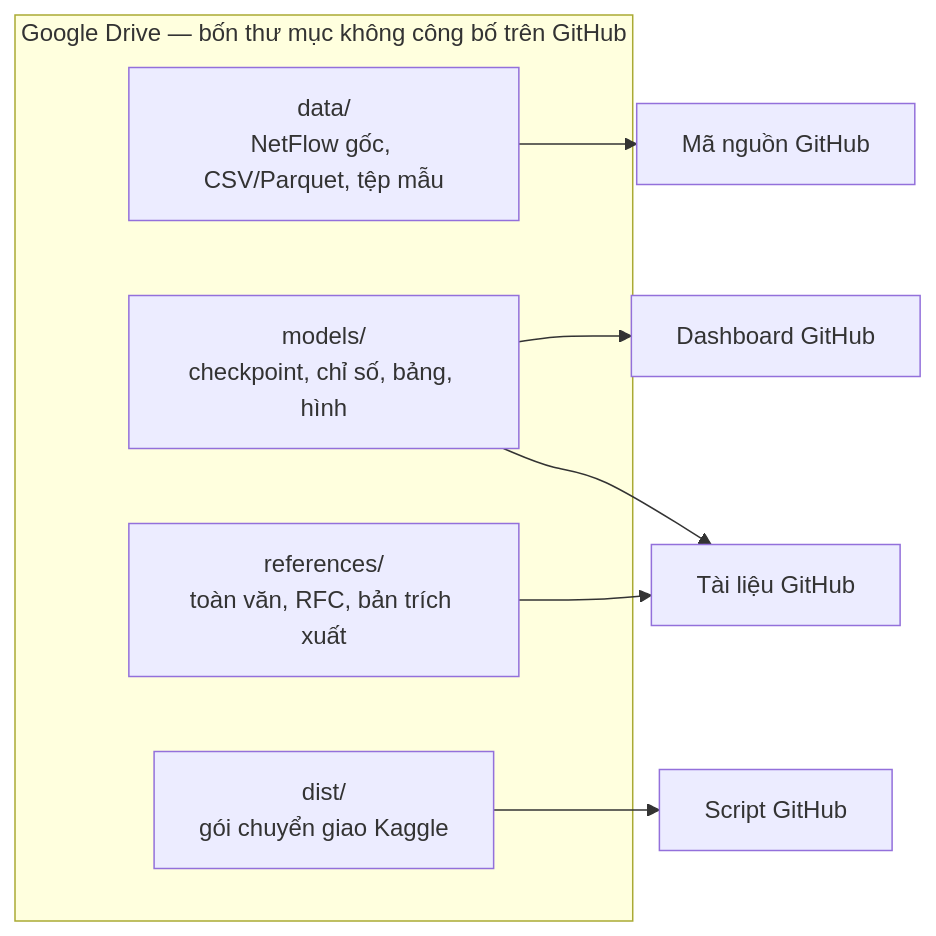
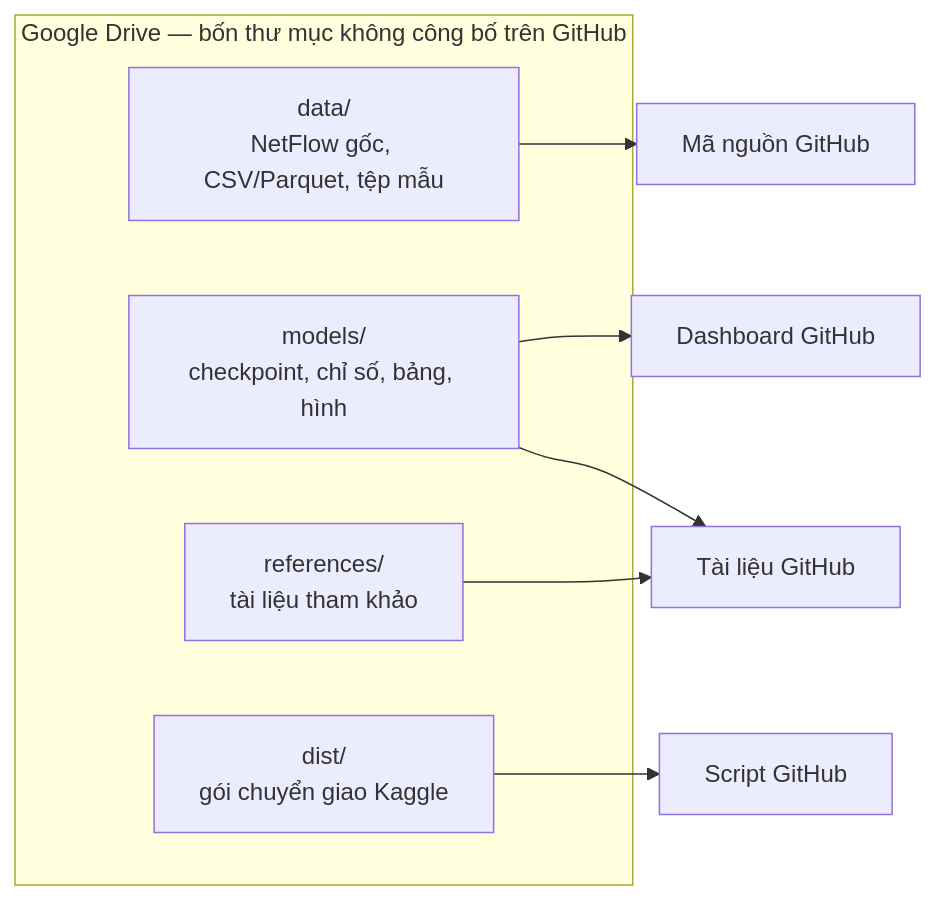
One commit to C0xff/TGN-NIDS changed the second of 2 diagrams in docs/SO_DO_KIEN_TRUC_DU_AN.md. Above: the diagram before and after it, drawn with Mermaid. The commit also changed other lines of this file and 10 other files, not shown here.

````diff
--- a/docs/SO_DO_KIEN_TRUC_DU_AN.md
+++ b/docs/SO_DO_KIEN_TRUC_DU_AN.md
@@ -33,15 +33,15 @@
 ```mermaid
 flowchart LR
     subgraph DRIVE["Google Drive — bốn thư mục không công bố trên GitHub"]
         DATA["data/<br/>NetFlow gốc, CSV/Parquet, tệp mẫu"]
         SAVED["models/<br/>checkpoint, chỉ số, bảng, hình"]
         DIST["dist/<br/>gói chuyển giao Kaggle"]
-        REFS["references/<br/>toàn văn, RFC, bản trích xuất"]
+        REFS["references/<br/>tài liệu tham khảo"]
     end
 
     DATA --> SRC["Mã nguồn GitHub"]
     SAVED --> APP["Dashboard GitHub"]
     SAVED --> DOCS["Tài liệu GitHub"]
     REFS --> DOCS
     DIST --> SCRIPTS["Script GitHub"]
 ```
````
